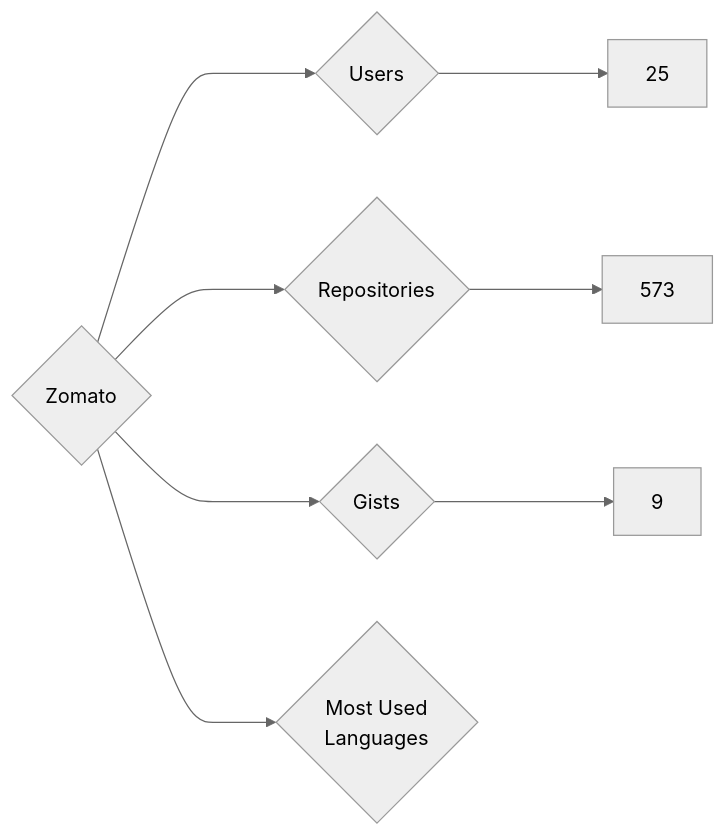
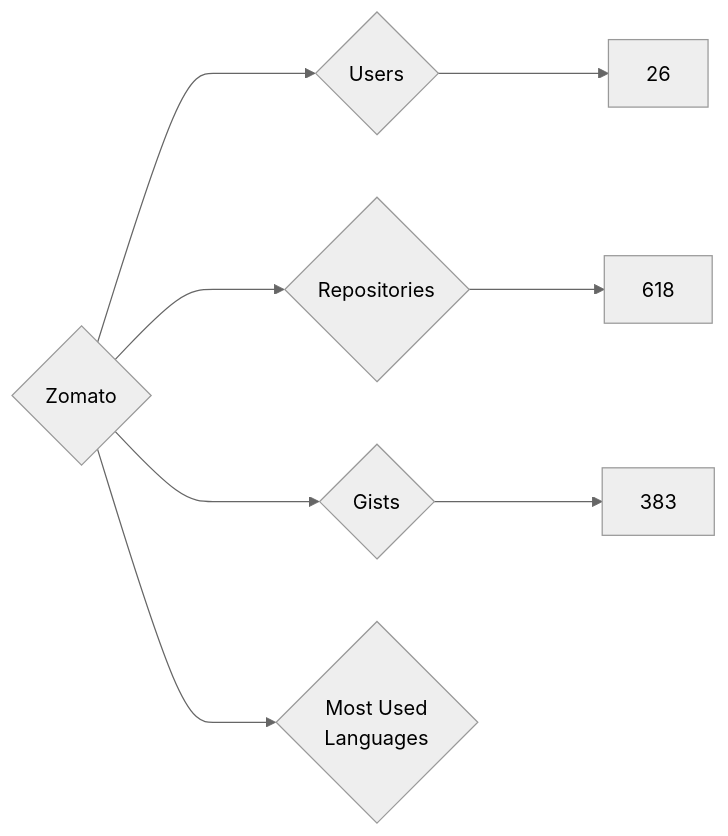
One commit to nenadzaric/insiders changed the diagram in targets/Zomato/README.md. Above: the diagram before and after it, drawn with Mermaid (neutral theme). The commit also changed 1342 other files, not shown here.

````diff
--- a/targets/Zomato/README.md
+++ b/targets/Zomato/README.md
@@ -3,8 +3,8 @@
 ```mermaid
 graph LR
 COMPANY_NAME{Zomato}
-COMPANY_NAME ---> U{Users} ---> UN[25]
-COMPANY_NAME ---> R{Repositories} ---> RN[573]
-COMPANY_NAME ---> G{Gists} ---> GN[9]
+COMPANY_NAME ---> U{Users} ---> UN[26]
+COMPANY_NAME ---> R{Repositories} ---> RN[618]
+COMPANY_NAME ---> G{Gists} ---> GN[383]
 COMPANY_NAME ---> ML{Most Used<br>Languages}
 ```
````
